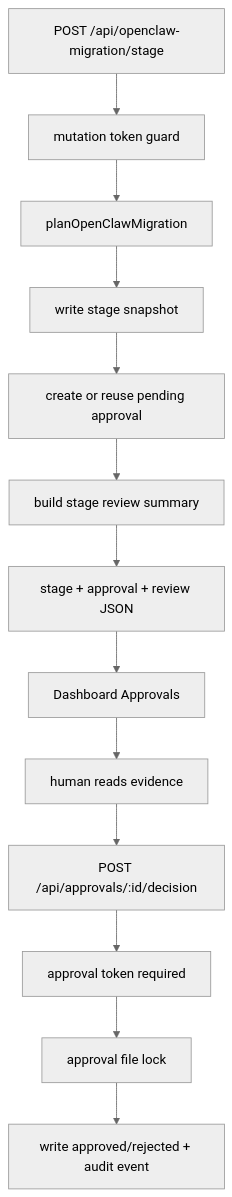
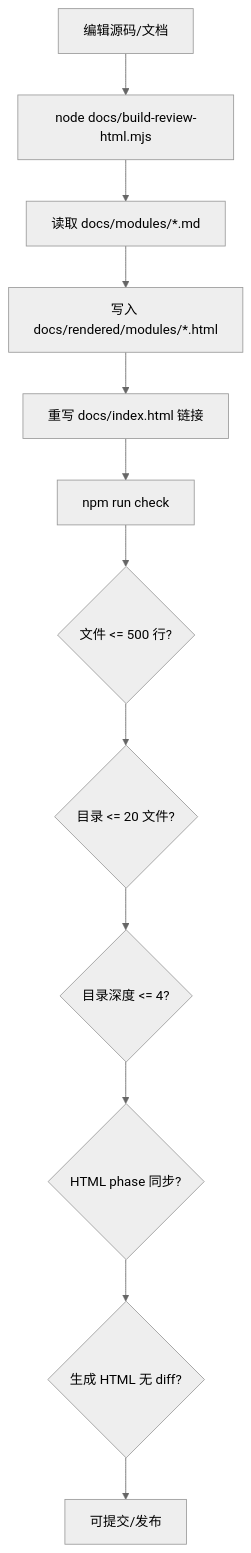
The fourth of 9 diagrams in docs/implementation-architecture.md (mayf3/myclaw), drawn with Mermaid (neutral theme) before and after one commit. The commit also changed other lines of this file and 37 other files, not shown here.

````diff
--- a/docs/implementation-architecture.md
+++ b/docs/implementation-architecture.md
@@ -120,15 +100,14 @@
 ```mermaid
 flowchart TD
-  Start[POST /api/openclaw-migration/stage] --> Auth[mutation token guard]
-  Auth --> Plan[planOpenClawMigration]
-  Plan --> Snapshot[write stage snapshot]
-  Snapshot --> Approval[create or reuse pending approval]
-  Approval --> Review[build stage review summary]
-  Review --> Response[stage + approval + review JSON]
-  Response --> Dashboard[Dashboard Approvals]
-  Dashboard --> Human[human reads evidence]
-  Human --> Decide[POST /api/approvals/:id/decision]
-  Decide --> StrictToken[approval token required]
-  StrictToken --> Lock[approval file lock]
-  Lock --> Record[write approved/rejected + audit event]
+  Start[编辑源码/文档] --> Build[node docs/build-review-html.mjs]
+  Build --> ReadMd[读取 docs/modules/*.md]
+  ReadMd --> WriteHtml[写入 docs/rendered/modules/*.html]
+  WriteHtml --> Rewrite[重写 docs/index.html 链接]
+  Rewrite --> Check[npm run check]
+  Check --> Lines{文件 <= 500 行?}
+  Lines --> Files{目录 <= 20 文件?}
+  Files --> Depth{目录深度 <= 4?}
+  Depth --> Phase{HTML phase 同步?}
+  Phase --> Fresh{生成 HTML 无 diff?}
+  Fresh --> Pass[可提交/发布]
 ```
````
